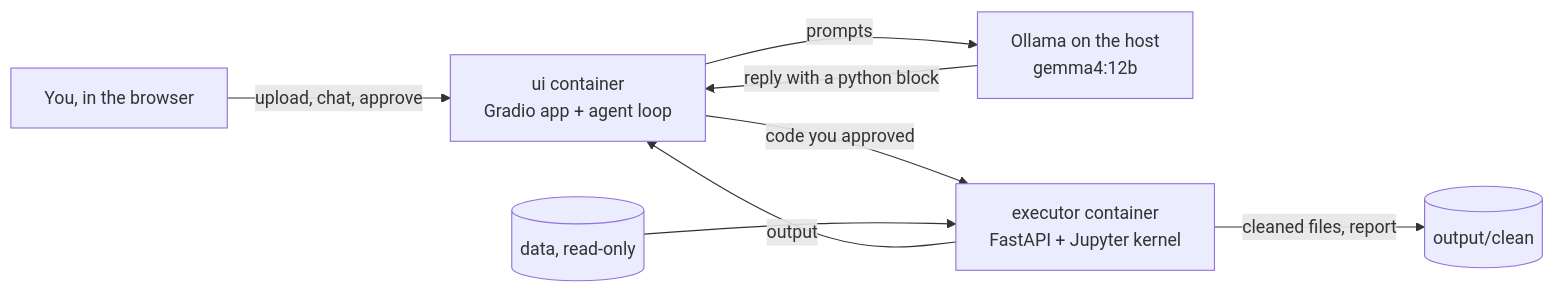
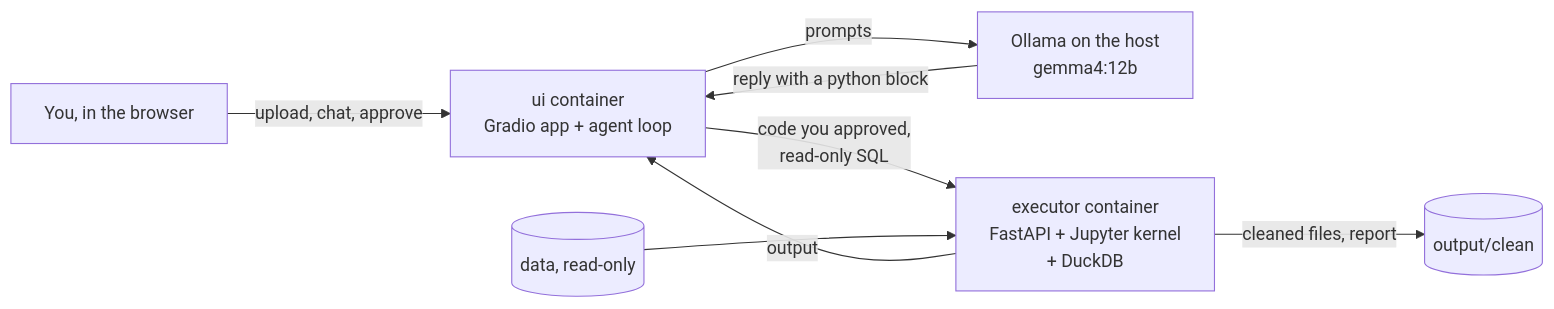
The diagram in README.md (GurjotSDev/analyst-agent), drawn with Mermaid before and after one commit. The commit also changed other lines of this file and 25 other files, not shown here.

First line of the commit message:
Add the SQL agent: an Ask questions tab with read-only DuckDB queries

````diff
--- a/README.md
+++ b/README.md
@@ -16,10 +18,10 @@
 ```mermaid
 flowchart LR
     U[You, in the browser] -->|upload, chat, approve| UI[ui container<br/>Gradio app + agent loop]
     UI -->|prompts| M[Ollama on the host<br/>gemma4:12b]
     M -->|reply with a python block| UI
-    UI -->|code you approved| EX[executor container<br/>FastAPI + Jupyter kernel]
+    UI -->|code you approved,<br/>read-only SQL| EX[executor container<br/>FastAPI + Jupyter kernel<br/>+ DuckDB]
     EX -->|output| UI
     EX -->|cleaned files, report| O[(output/clean)]
     D[(data, read-only)] --> EX
 ```
````
